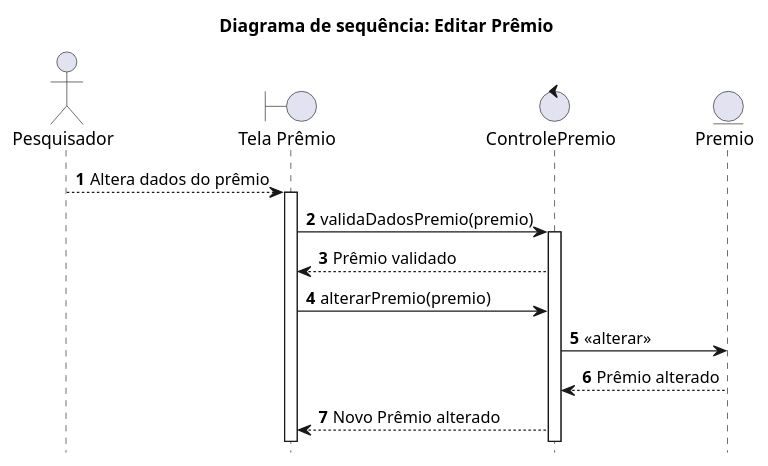
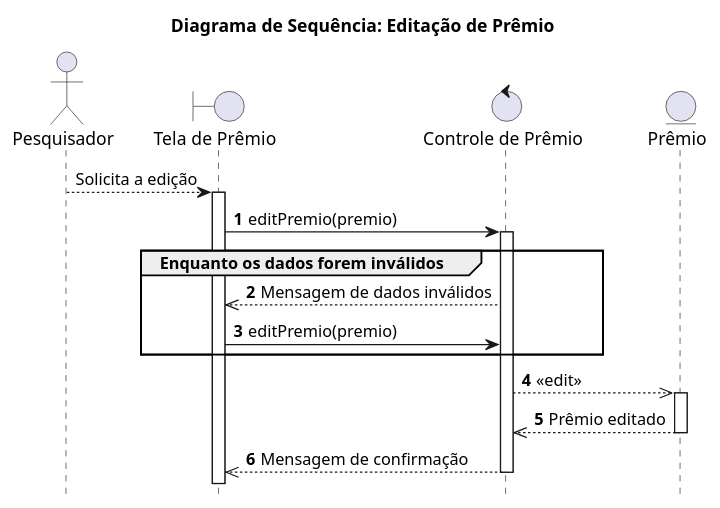
The diagram in Diagramas/Premio/editarPremio.wsd (WellingtonFelipeLS/Lattes-Simplificado), drawn with PlantUML before and after one commit. The commit also changed 19 other files, not shown here.

Commit message:
Patronização dos diagramas.

```diff
--- a/Diagramas/Premio/editarPremio.wsd
+++ b/Diagramas/Premio/editarPremio.wsd
@@ -1,19 +1,24 @@
 @startuml DiagramaEditarPremio
-title "Diagrama de sequência: Editar Prêmio"
+title "Diagrama de Sequência: Editação de Prêmio"
 hide footbox
 
 actor "Pesquisador" as Pesquisador
-boundary "Tela Prêmio" as UIPremio
-control "ControlePremio" as ControlePremio
-entity "Premio" as Premio
+boundary "Tela de Prêmio" as UIPremio
+control "Controle de Prêmio" as ControlePremio
+entity "Prêmio" as Premio
+
+Pesquisador --> UIPremio ++: Solicita a edição
 
 autonumber
-Pesquisador --> UIPremio ++: Altera dados do prêmio
-UIPremio -> ControlePremio++: validaDadosPremio(premio)
-ControlePremio --> UIPremio: Prêmio validado
-UIPremio -> ControlePremio: alterarPremio(premio)
-ControlePremio -> Premio: <<alterar>>
-Premio --> ControlePremio: Prêmio alterado
-ControlePremio --> UIPremio: Novo Prêmio alterado
+UIPremio -> ControlePremio++: editPremio(premio)
+
+group Enquanto os dados forem inválidos
+ControlePremio -->> UIPremio: Mensagem de dados inválidos
+UIPremio -> ControlePremio: editPremio(premio)
+end
+
+ControlePremio -->> Premio ++: <<edit>>
+Premio -->> ControlePremio --: Prêmio editado
+ControlePremio -->> UIPremio --: Mensagem de confirmação
 autonumber stop
 @enduml
```
